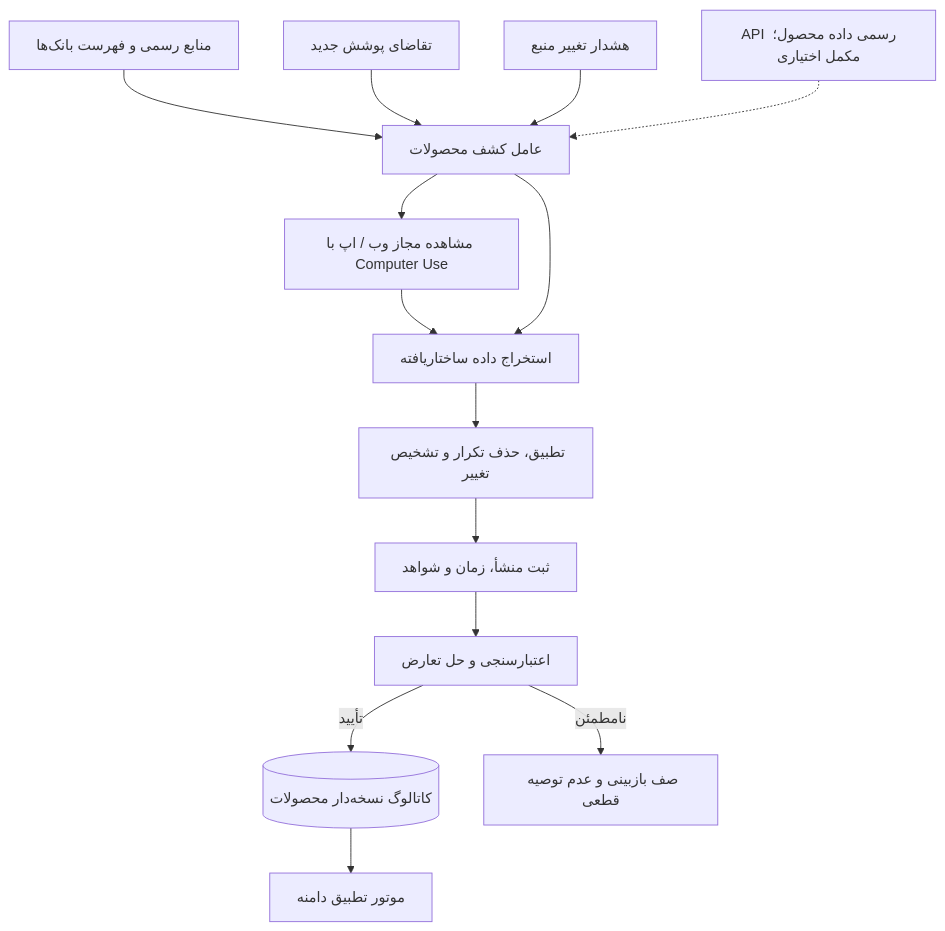
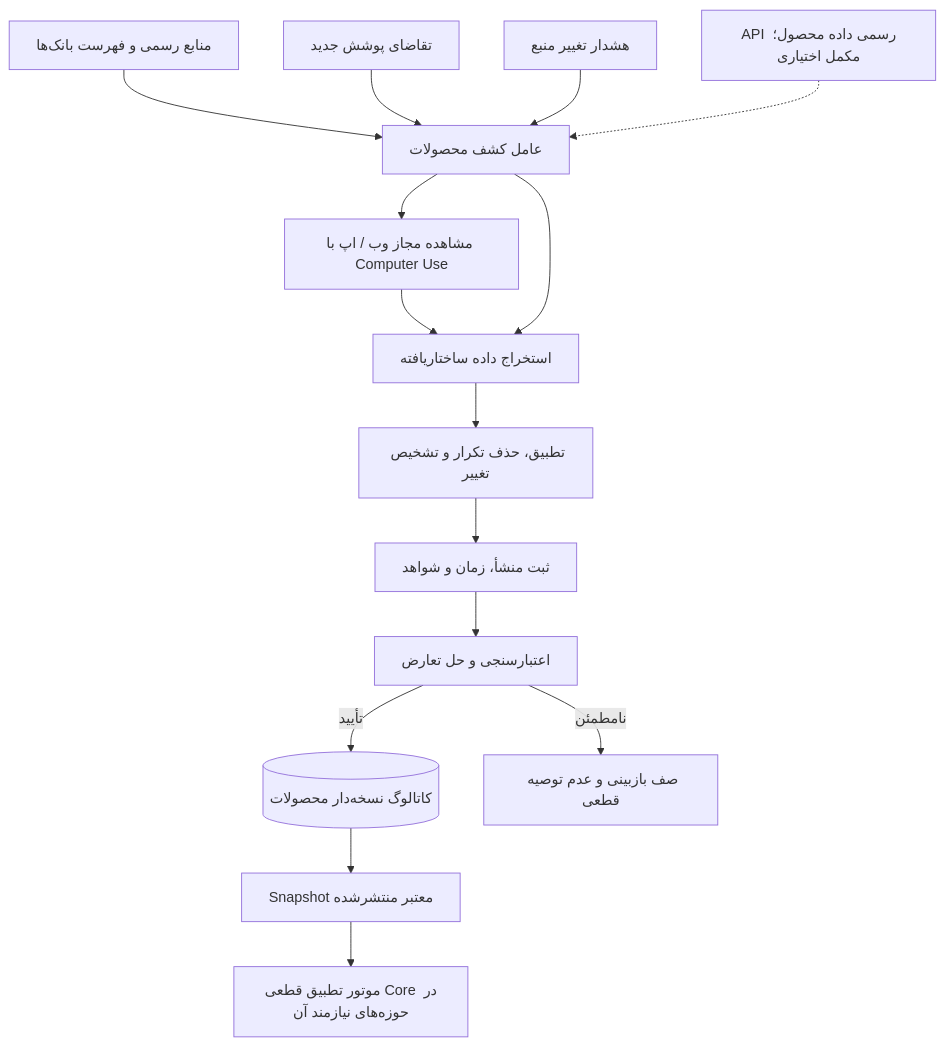
One commit to Brotherlouiee/shahab-demo changed diagram 19 of 26 in docs/SHAHAB_PHASE_2_DEVELOPMENT_BLUEPRINT.md. Above: the diagram before and after it, drawn with Mermaid. The commit also changed other lines of this file, not shown here.

````diff
--- a/docs/SHAHAB_PHASE_2_DEVELOPMENT_BLUEPRINT.md
+++ b/docs/SHAHAB_PHASE_2_DEVELOPMENT_BLUEPRINT.md
@@ -1521,16 +1525,16 @@
 ```mermaid
 flowchart TD
     SOURCES["منابع رسمی و فهرست بانک‌ها"] --> DISC["عامل کشف محصولات"]
     NEED["تقاضای پوشش جدید"] --> DISC
     MON["هشدار تغییر منبع"] --> DISC
     DISC --> CU["مشاهده مجاز وب / اپ با Computer Use"]
     API["API رسمی داده محصول؛ مکمل اختیاری"] -.-> DISC
     CU --> EX["استخراج داده ساختاریافته"]
     DISC --> EX
     EX --> DEDUP["تطبیق، حذف تکرار و تشخیص تغییر"]
     DEDUP --> EVID["ثبت منشأ، زمان و شواهد"]
     EVID --> VALID["اعتبارسنجی و حل تعارض"]
     VALID -->|تأیید| CAT[("کاتالوگ نسخه‌دار محصولات")]
     VALID -->|نامطمئن| REVIEW["صف بازبینی و عدم توصیه قطعی"]
-    CAT --> MATCH["موتور تطبیق دامنه"]
+    CAT --> SNAP["Snapshot معتبر منتشرشده"] --> MATCH["موتور تطبیق قطعی Core در حوزه‌های نیازمند آن"]
 ```
````
